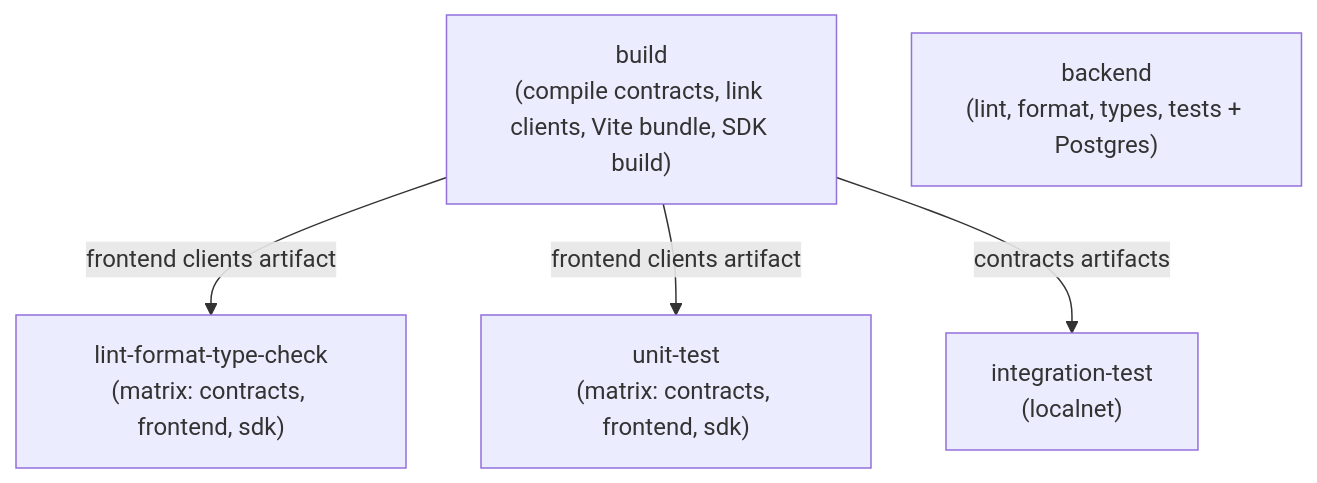
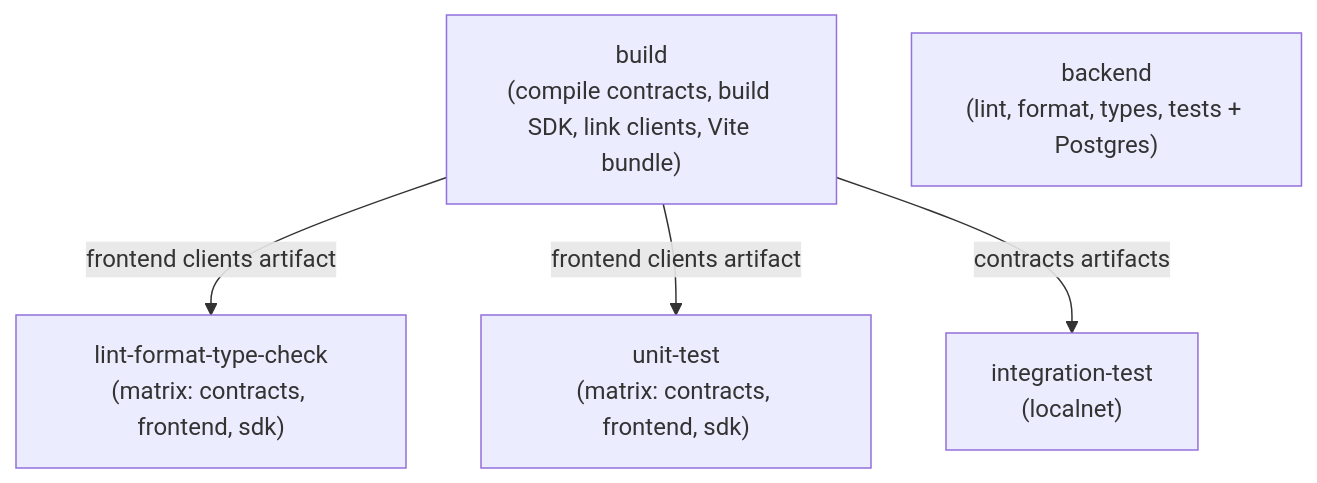
One commit to adidomenico/AlgorArt changed the diagram in docs/ci.md. Above: the diagram before and after it, drawn with Mermaid. The commit also changed other lines of this file and 13 other files, not shown here.

````diff
--- a/docs/ci.md
+++ b/docs/ci.md
@@ -32,12 +32,12 @@
 ```mermaid
 flowchart TD
-    build["build<br/>(compile contracts, link clients, Vite bundle, SDK build)"]
+    build["build<br/>(compile contracts, build SDK, link clients, Vite bundle)"]
     lint["lint-format-type-check<br/>(matrix: contracts, frontend, sdk)"]
     unit["unit-test<br/>(matrix: contracts, frontend, sdk)"]
     backend["backend<br/>(lint, format, types, tests + Postgres)"]
     integration["integration-test<br/>(localnet)"]
 
     build -->|"frontend clients artifact"| lint
     build -->|"frontend clients artifact"| unit
     build -->|"contracts artifacts"| integration
 ```
````
